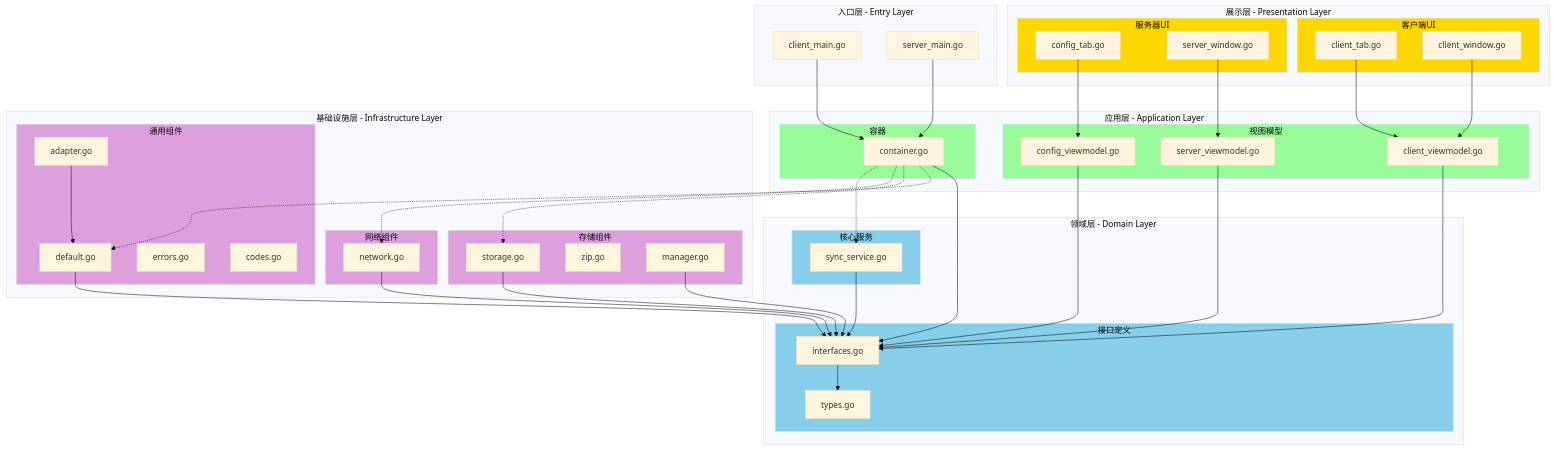
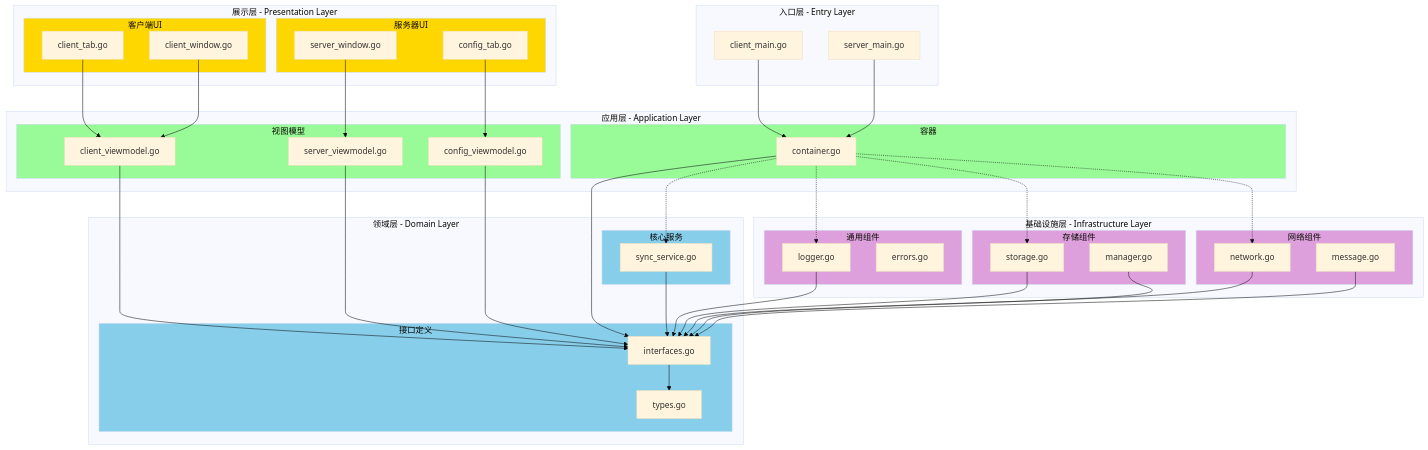
Before and after one commit to KlN-4096/synctools: the first of 2 diagrams in CODEBASE.md, drawn with Mermaid (base theme). The commit also changed other lines of this file and 5 other files, not shown here.

```diff
--- a/CODEBASE.md
+++ b/CODEBASE.md
@@ -219,20 +350,18 @@
 
     subgraph 基础设施层[基础设施层 - Infrastructure Layer]
         subgraph Common[通用组件]
-            Logger[default.go]
-            LogAdapter[adapter.go]
+            Logger[logger.go]
             ErrorHandler[errors.go]
-            ErrorCodes[codes.go]
         end
         
         subgraph Storage[存储组件]
             FileStorage[storage.go]
-            Archive[zip.go]
             ConfigManager[manager.go]
         end
         
         subgraph Network[网络组件]
             NetworkServer[network.go]
+            MessageHandler[message.go]
         end
     end
 
@@ -259,10 +388,10 @@
 
     %% 基础设施层依赖
     Logger --> CoreInterfaces
-    LogAdapter --> Logger
     FileStorage --> CoreInterfaces
     NetworkServer --> CoreInterfaces
     ConfigManager --> CoreInterfaces
+    MessageHandler --> CoreInterfaces
 
     %% 入口层依赖
     ClientMain --> DIContainer
```
